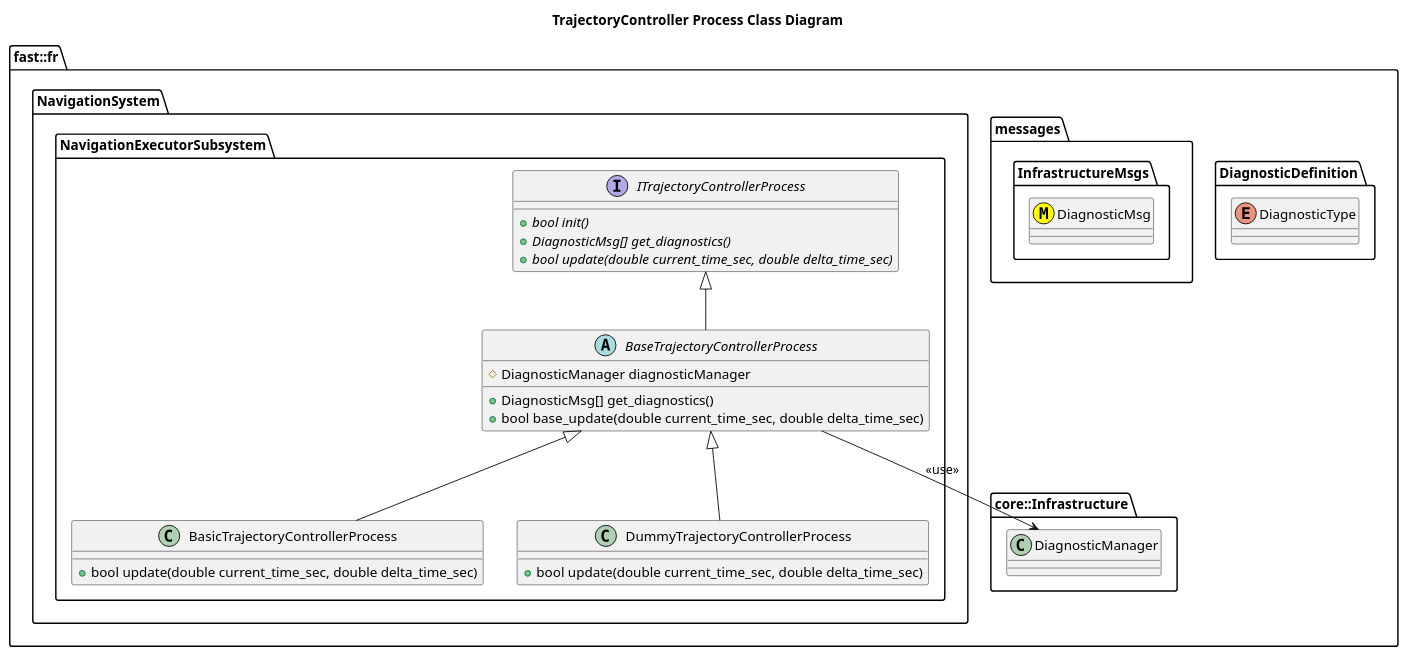
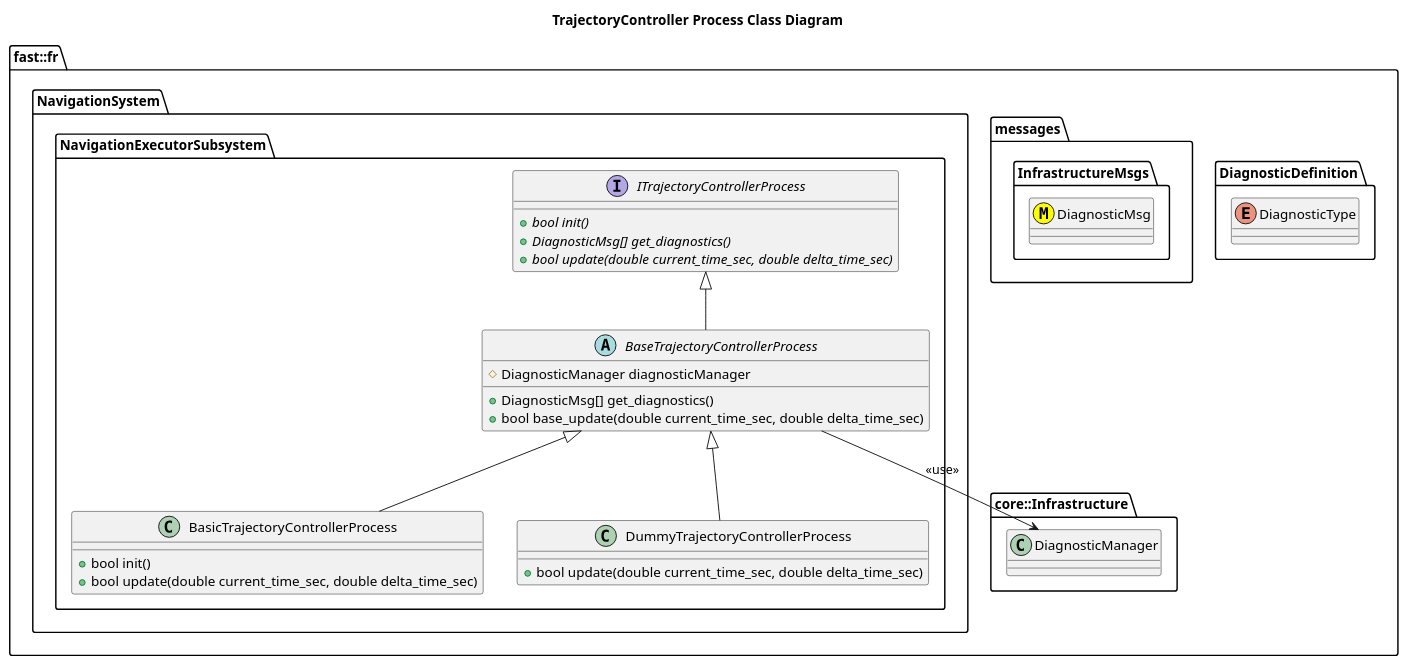
One commit to fastrobotics/robot_framework changed the diagram in Systems/Navigation/Subsystems/NavigationExecutor/Processes/TrajectoryController/doc/puml/TrajectoryControllerProcessClassDiagram.puml. Above: the diagram before and after it, drawn with PlantUML. The commit also changed 14 other files, not shown here.

```diff
--- a/Systems/Navigation/Subsystems/NavigationExecutor/Processes/TrajectoryController/doc/puml/TrajectoryControllerProcessClassDiagram.puml
+++ b/Systems/Navigation/Subsystems/NavigationExecutor/Processes/TrajectoryController/doc/puml/TrajectoryControllerProcessClassDiagram.puml
@@ -1,42 +1,43 @@
 @startuml
 title TrajectoryController Process Class Diagram
 
 namespace fast::fr {
   namespace DiagnosticDefinition {
     enum DiagnosticType
   }
   namespace messages {
     namespace InfrastructureMsgs {
       class DiagnosticMsg <<(M,#FFFF00)>>
     }
   }
   namespace core::Infrastructure {
     class DiagnosticManager
   }
   namespace NavigationSystem {
     namespace NavigationExecutorSubsystem {
         interface ITrajectoryControllerProcess  {
           +{abstract} bool init()
           +{abstract} DiagnosticMsg[] get_diagnostics()
           +{abstract} bool update(double current_time_sec, double delta_time_sec)
         }
         abstract BaseTrajectoryControllerProcess {
           +DiagnosticMsg[] get_diagnostics()
           +bool base_update(double current_time_sec, double delta_time_sec)
           #DiagnosticManager diagnosticManager
 
         }
         BaseTrajectoryControllerProcess --> DiagnosticManager: <<use>>
         BaseTrajectoryControllerProcess -up-|> ITrajectoryControllerProcess
         class BasicTrajectoryControllerProcess {
+          +bool init()
           +bool update(double current_time_sec, double delta_time_sec)
         }
         BasicTrajectoryControllerProcess -up-|> BaseTrajectoryControllerProcess
         class DummyTrajectoryControllerProcess {
           +bool update(double current_time_sec, double delta_time_sec)
         }
         DummyTrajectoryControllerProcess -up-|> BaseTrajectoryControllerProcess
     }
   }
 }
 @enduml
```
